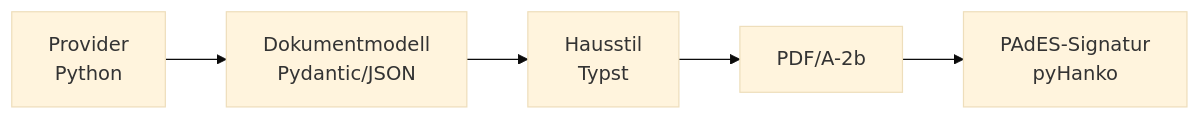
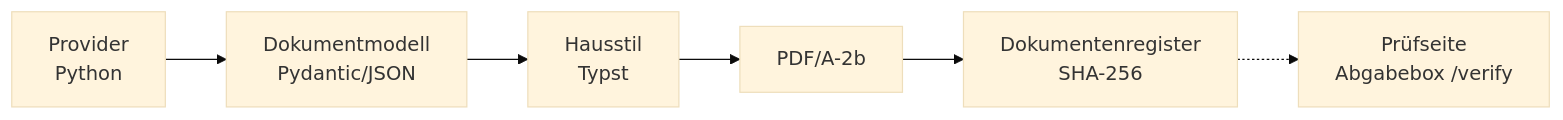
The first of 2 diagrams in docs-site/docs/technik/dokument-engine.md (FrissBrot/hocX), drawn with Mermaid (base theme) before and after one commit. The commit also changed other lines of this file and 6 other files, not shown here.

````diff
--- a/docs-site/docs/technik/dokument-engine.md
+++ b/docs-site/docs/technik/dokument-engine.md
@@ -9,7 +9,8 @@
 ```mermaid
 flowchart LR
   P[Provider<br/>Python] --> M[Dokumentmodell<br/>Pydantic/JSON]
   M --> S[Hausstil<br/>Typst]
   S --> PDF[PDF/A-2b]
-  PDF --> SIG[PAdES-Signatur<br/>pyHanko]
+  PDF --> REG[Dokumentenregister<br/>SHA-256]
+  REG -.-> VER[Prüfseite<br/>Abgabebox /verify]
 ```
````
